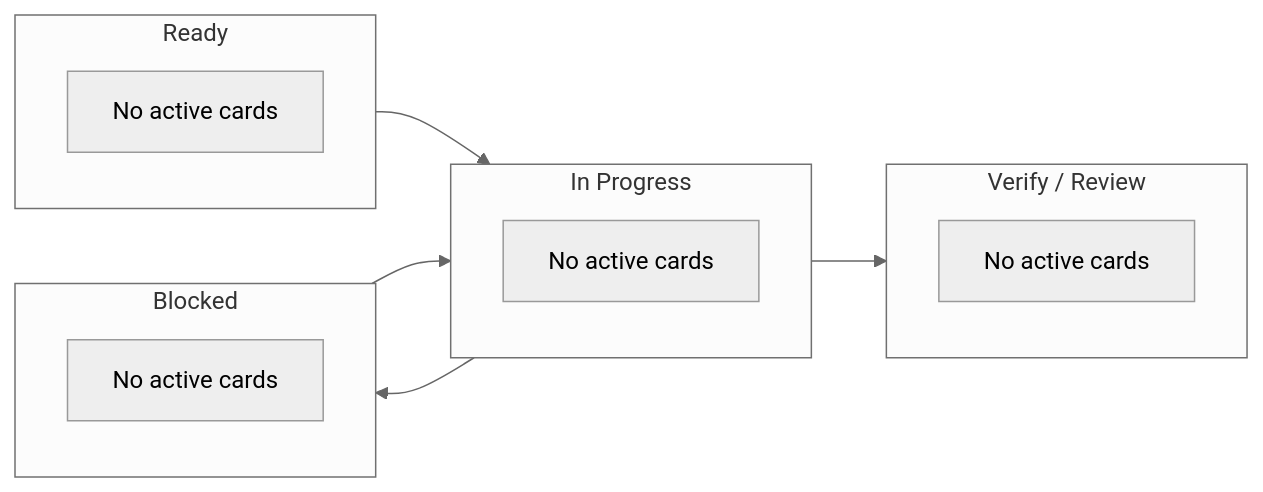
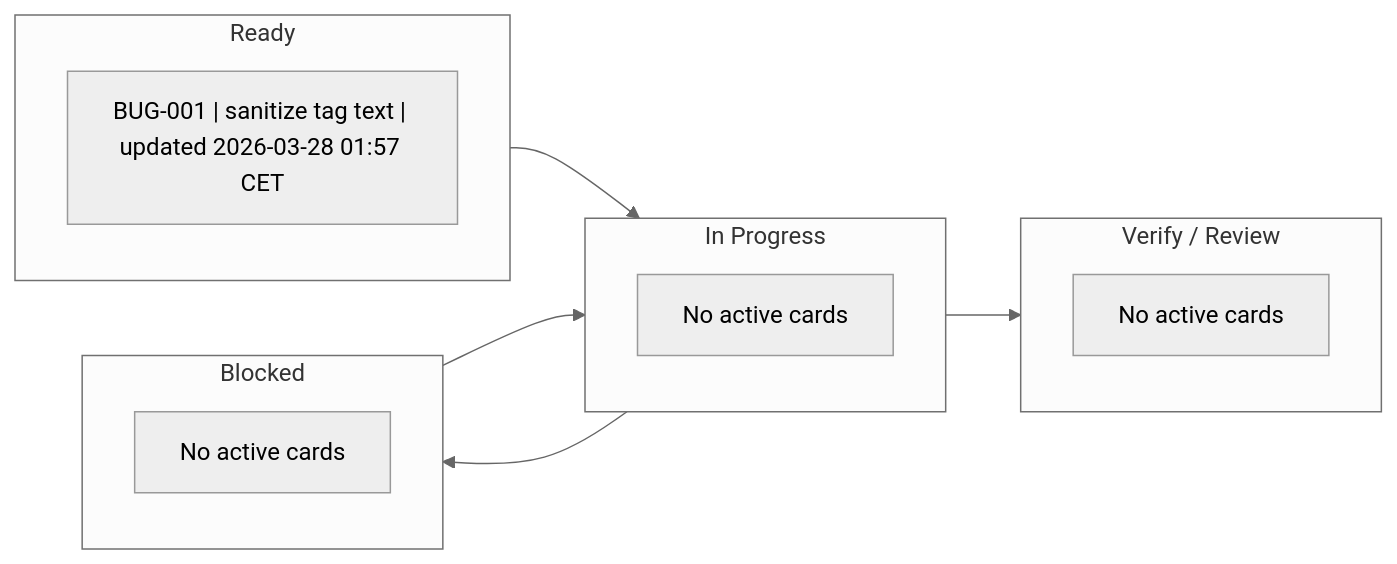
Before and after one commit to shomsy/step-by-step-animator: the diagram in .agents/management/ACTIVE.md, drawn with Mermaid (neutral theme). The commit also changed 11 other files, not shown here.

````diff
--- a/.agents/management/ACTIVE.md
+++ b/.agents/management/ACTIVE.md
@@ -20,23 +20,23 @@
 ```mermaid
 flowchart LR
     subgraph Ready["Ready"]
-        R0["No active cards"]
+        R1["BUG-001 | sanitize tag text | updated 2026-03-28 01:57 CET"]
     end
 
     subgraph InProgress["In Progress"]
         P0["No active cards"]
     end
 
     subgraph Blocked["Blocked"]
         B0["No active cards"]
     end
 
     subgraph Verify["Verify / Review"]
         V0["No active cards"]
     end
 
     Ready --> InProgress
     InProgress --> Verify
     InProgress --> Blocked
     Blocked --> InProgress
 ```
````
